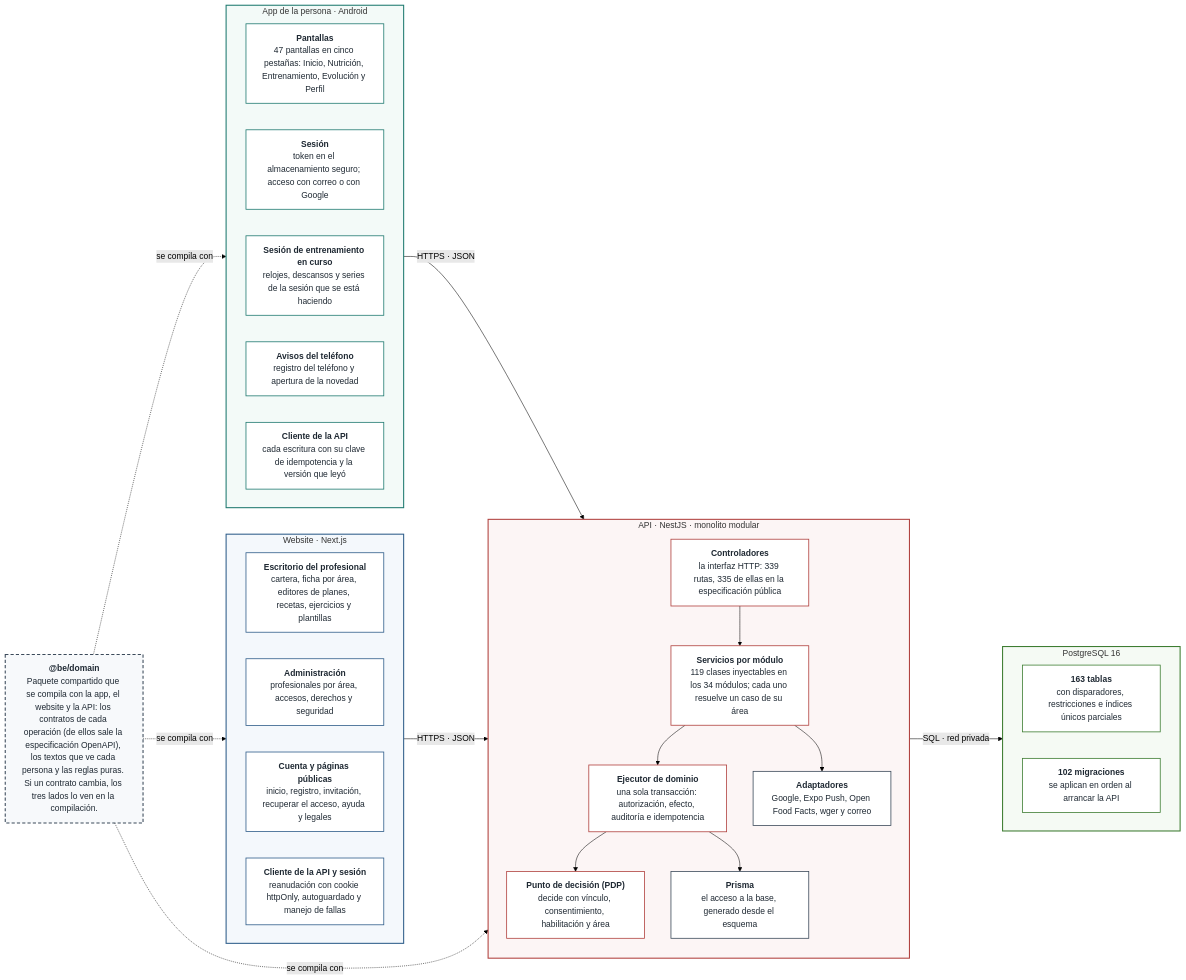
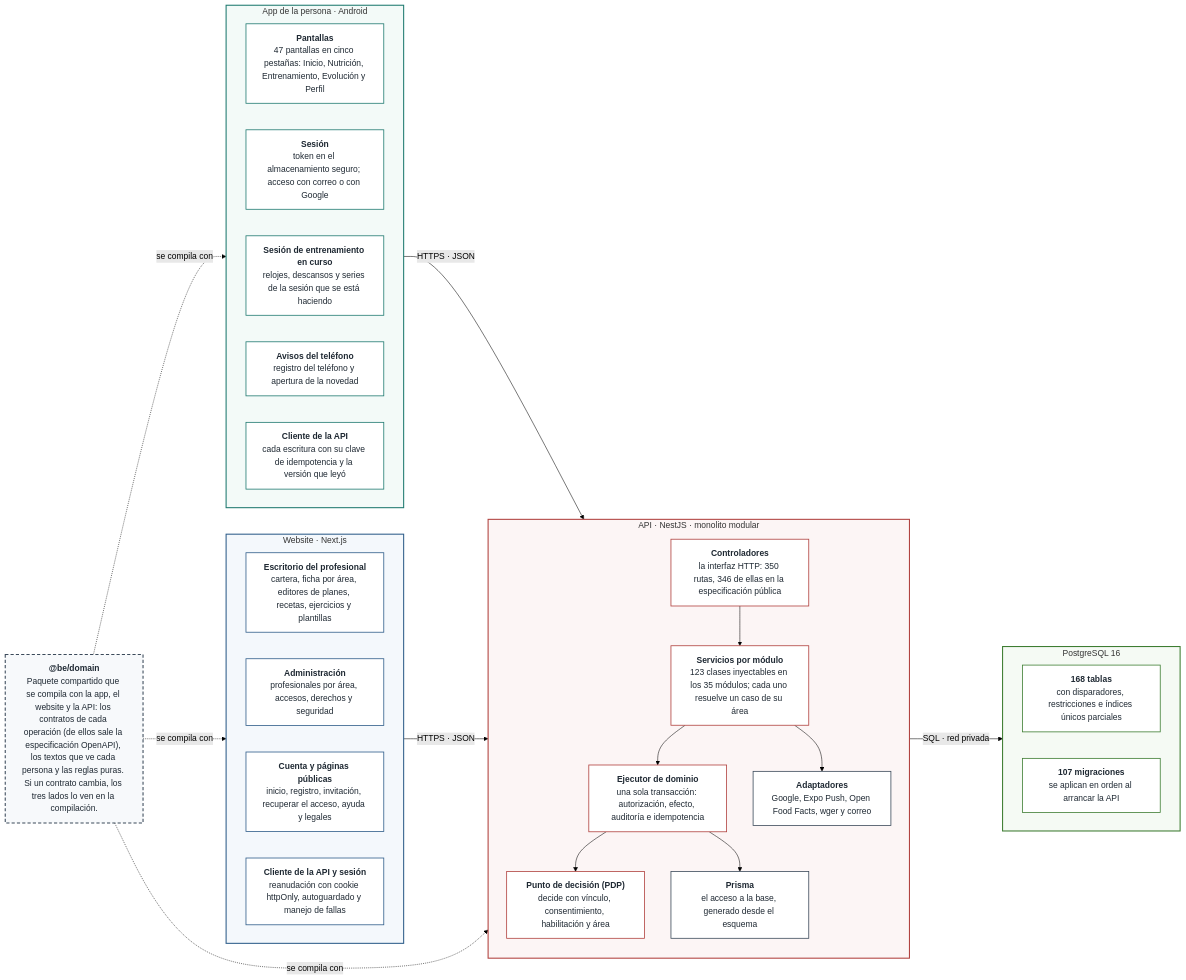
Before and after one commit to Elian-Bufi/be: the first of 2 diagrams in docs/entrega/fuentes/17-diagrama-de-componentes.md, drawn with Mermaid (forest theme). The commit also changed other lines of this file and 6 other files, not shown here.

```diff
--- a/docs/entrega/fuentes/17-diagrama-de-componentes.md
+++ b/docs/entrega/fuentes/17-diagrama-de-componentes.md
@@ -59,9 +59,9 @@
   subgraph API["API · NestJS · monolito modular"]
     direction TB
     C1["`**Controladores**
-la interfaz HTTP: 339 rutas, 335 de ellas en la especificación pública`"]
+la interfaz HTTP: 350 rutas, 346 de ellas en la especificación pública`"]
     C2["`**Servicios por módulo**
-119 clases inyectables en los 34 módulos; cada uno resuelve un caso de su área`"]
+123 clases inyectables en los 35 módulos; cada uno resuelve un caso de su área`"]
     C3["`**Ejecutor de dominio**
 una sola transacción: autorización, efecto, auditoría e idempotencia`"]
     C4["`**Punto de decisión (PDP)**
@@ -76,9 +76,9 @@
   end
   subgraph DB["PostgreSQL 16"]
     direction LR
-    D1["`**163 tablas**
+    D1["`**168 tablas**
 con disparadores, restricciones e índices únicos parciales`"]
-    D2["`**102 migraciones**
+    D2["`**107 migraciones**
 se aplican en orden al arrancar la API`"]
   end
   DOM["`**@be/domain**
```
